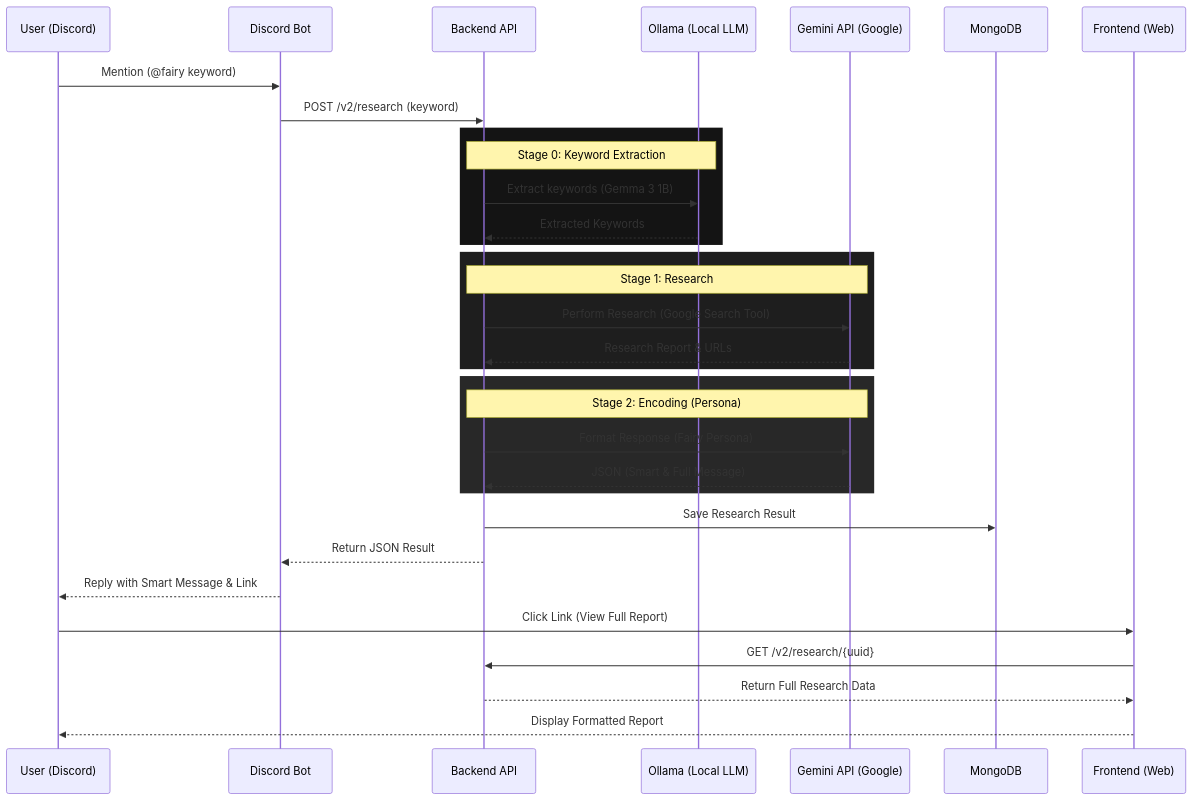
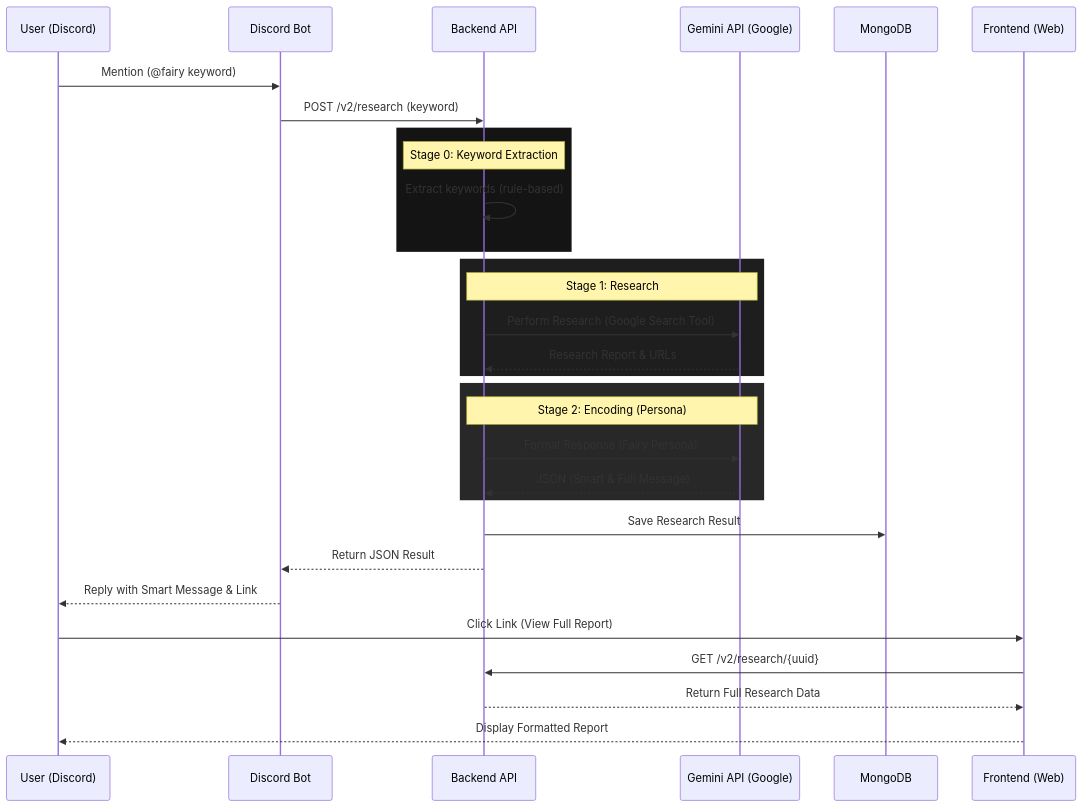
One commit to kurazuuuuuu/fairy changed the diagram in README.md. Above: the diagram before and after it, drawn with Mermaid. The commit also changed other lines of this file and 16 other files, not shown here.

````diff
--- a/README.md
+++ b/README.md
@@ -48,40 +42,38 @@
 ```mermaid
 sequenceDiagram
     participant User as User (Discord)
     participant Bot as Discord Bot
     participant API as Backend API
-    participant Ollama as Ollama (Local LLM)
     participant Gemini as Gemini API (Google)
     participant DB as MongoDB
     participant Web as Frontend (Web)
 
     User->>Bot: Mention (@fairy keyword)
     Bot->>API: POST /v2/research (keyword)
     
     rect rgb(20, 20, 20)
-        Note over API, Ollama: Stage 0: Keyword Extraction
-        API->>Ollama: Extract keywords (Gemma 3 1B)
-        Ollama-->>API: Extracted Keywords
+        Note over API: Stage 0: Keyword Extraction
+        API->>API: Extract keywords (rule-based)
     end
 
     rect rgb(30, 30, 30)
         Note over API, Gemini: Stage 1: Research
         API->>Gemini: Perform Research (Google Search Tool)
         Gemini-->>API: Research Report & URLs
     end
 
     rect rgb(40, 40, 40)
         Note over API, Gemini: Stage 2: Encoding (Persona)
         API->>Gemini: Format Response (Fairy Persona)
         Gemini-->>API: JSON (Smart & Full Message)
     end
 
     API->>DB: Save Research Result
     API-->>Bot: Return JSON Result
     Bot-->>User: Reply with Smart Message & Link
     
     User->>Web: Click Link (View Full Report)
     Web->>API: GET /v2/research/{uuid}
     API-->>Web: Return Full Research Data
     Web-->>User: Display Formatted Report
 ```
````
